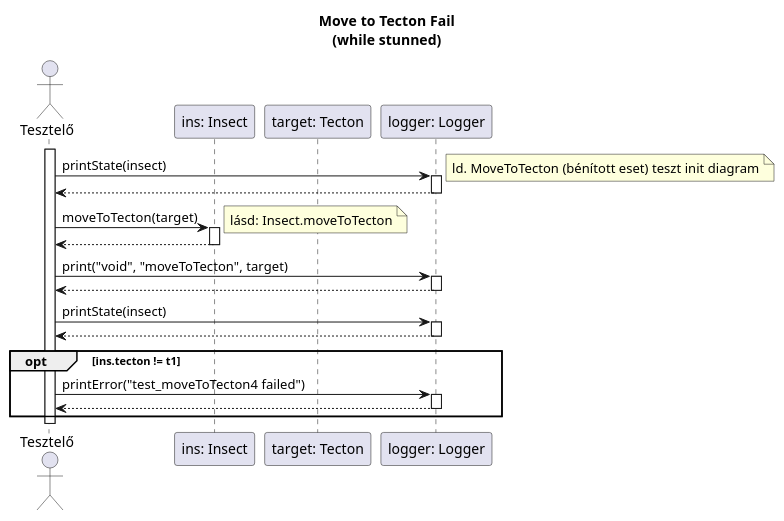
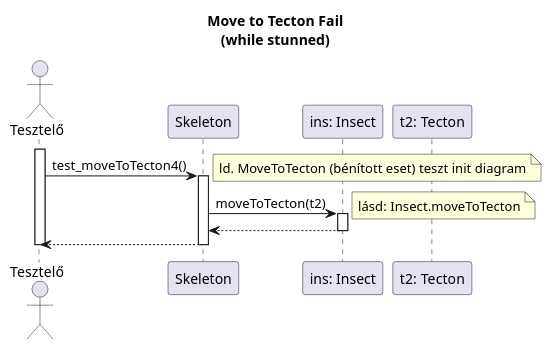
The diagram in diagrams/test-sequence/insect/moveToTecton4.plantuml (dzsem/projlab), drawn with PlantUML before and after one commit. The commit also changed 5 other files, not shown here.

Commit message:
Add Skeleton call and remove logger mentions

```diff
--- a/diagrams/test-sequence/insect/moveToTecton4.plantuml
+++ b/diagrams/test-sequence/insect/moveToTecton4.plantuml
@@ -1,48 +1,37 @@
 @startuml test_moveToTecton4
 
 title Move to Tecton Fail\n(while stunned)
 
 actor "Tesztelő" as t
+participant "Skeleton" as ske
 participant "ins: Insect" as i
-participant "target: Tecton" as target
-participant "logger: Logger" as logger
+participant "t2: Tecton" as t2
 
 activate t
 
-t -> logger: printState(insect)
+t -> ske: test_moveToTecton4()
 note right: ld. MoveToTecton (bénított eset) teszt init diagram
-activate logger
+activate ske
 
-t <-- logger
-deactivate logger
+	ske -> i: moveToTecton(t2)
+	activate i
+	note right: lásd: Insect.moveToTecton
 
-t -> i: moveToTecton(target)
-activate i
-note right: lásd: Insect.moveToTecton
+	ske <-- i
+	deactivate i
 
-t <-- i
-deactivate i
+'	opt ins.tecton != t1
+'		t -> logger: printError("test_moveToTecton4 failed")
+'		activate logger
+'
+'		t <-- logger
+'		deactivate logger
+'	end
 
-t -> logger: print("void", "moveToTecton", target)
-activate logger
-
-t <-- logger
-deactivate logger
-
-t -> logger: printState(insect)
-activate logger
-t <-- logger
-deactivate logger
-
-opt ins.tecton != t1
-	t -> logger: printError("test_moveToTecton4 failed")
-	activate logger
-
-	t <-- logger
-	deactivate logger
-end
+t <-- ske
+deactivate ske
 
 deactivate t
 
 
 @enduml
```
